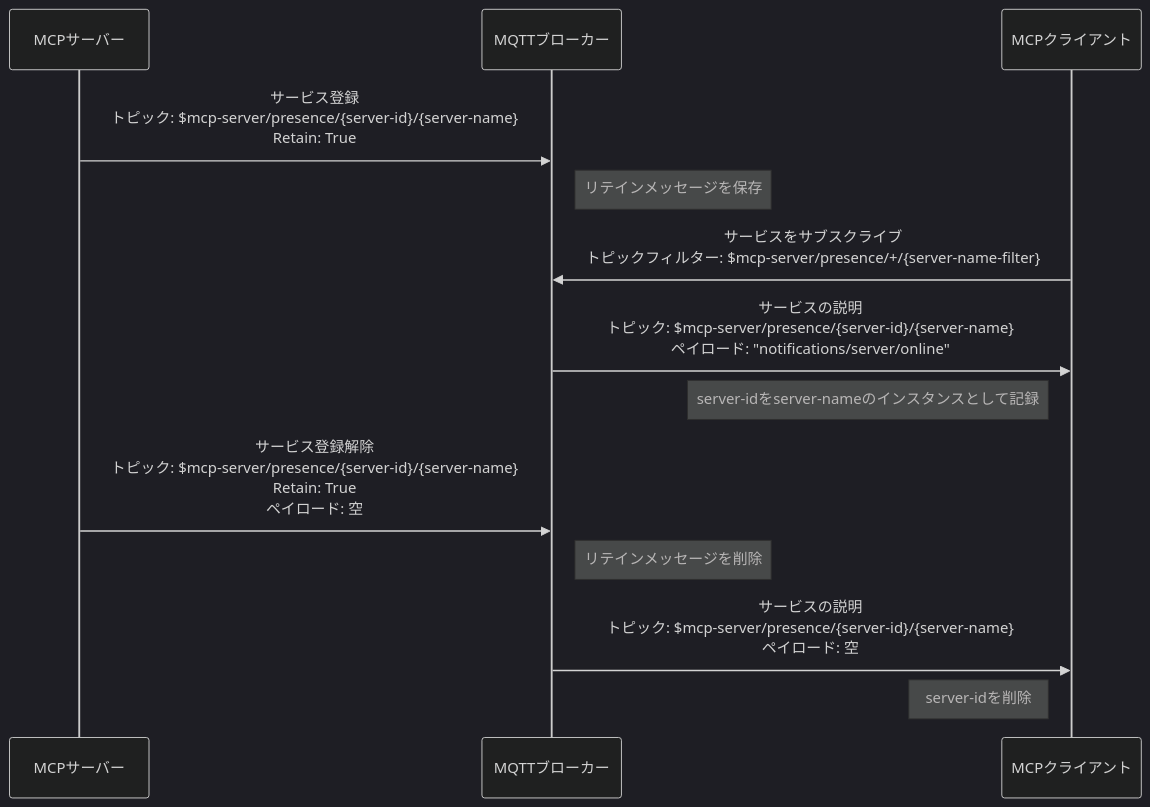
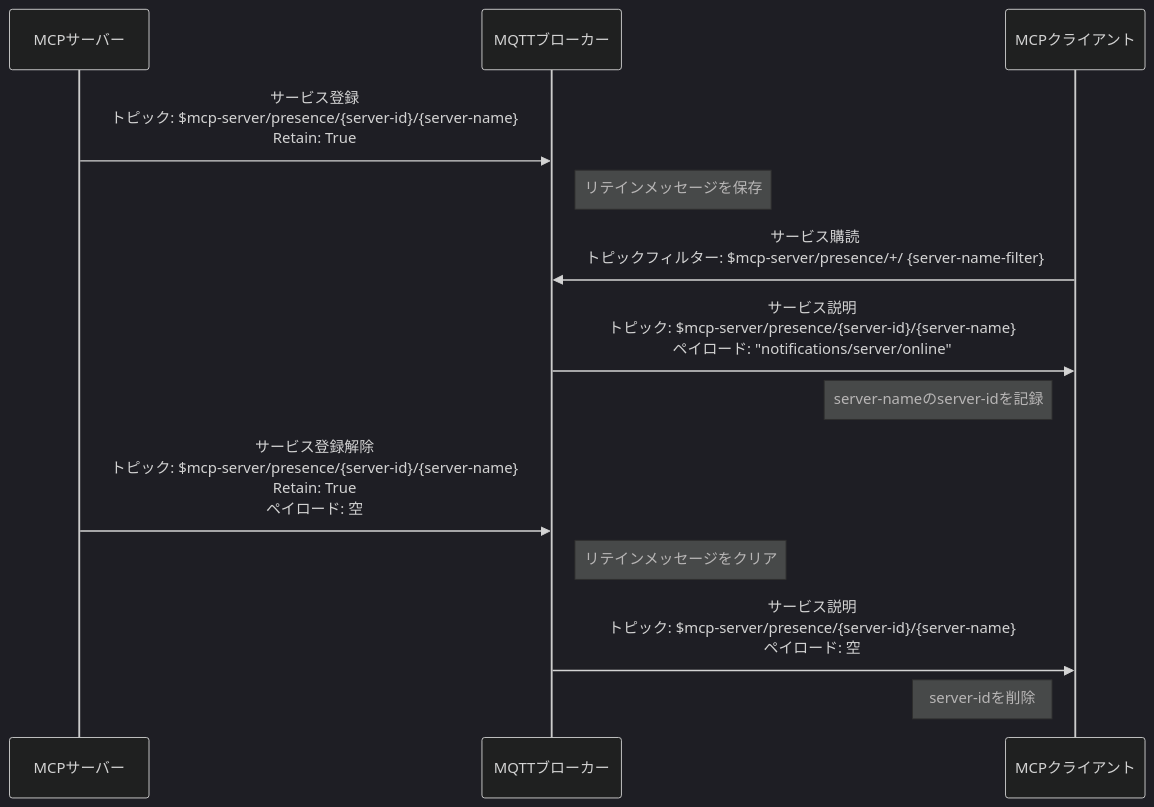
One commit to emqx/emqx-docs changed the first of 4 diagrams in ja_JP/develop/emqx-ai/mcp-over-mqtt/specification.md. Above: the diagram before and after it, drawn with Mermaid (dark theme). The commit also changed other lines of this file and 378 other files, not shown here.

````diff
--- a/ja_JP/develop/emqx-ai/mcp-over-mqtt/specification.md
+++ b/ja_JP/develop/emqx-ai/mcp-over-mqtt/specification.md
@@ -208,20 +208,20 @@
 ```mermaid
 sequenceDiagram
     participant MCP_Server as MCPサーバー
     participant MQTT_Broker as MQTTブローカー
     participant MCP_Client as MCPクライアント
 
     MCP_Server ->> MQTT_Broker: サービス登録<br/>トピック: $mcp-server/presence/{server-id}/{server-name}<br/>Retain: True
     Note right of MQTT_Broker: リテインメッセージを保存
 
-    MCP_Client ->> MQTT_Broker: サービスをサブスクライブ<br/>トピックフィルター: $mcp-server/presence/+/{server-name-filter}
+    MCP_Client ->> MQTT_Broker: サービス購読<br/>トピックフィルター: $mcp-server/presence/+/ {server-name-filter}
 
-    MQTT_Broker ->> MCP_Client: サービスの説明<br/>トピック: $mcp-server/presence/{server-id}/{server-name}<br/>ペイロード: "notifications/server/online"
-    Note left of MCP_Client: server-idをserver-nameのインスタンスとして記録
+    MQTT_Broker ->> MCP_Client: サービス説明<br/>トピック: $mcp-server/presence/{server-id}/{server-name}<br/>ペイロード: "notifications/server/online"
+    Note left of MCP_Client: server-nameのserver-idを記録
 
     MCP_Server ->> MQTT_Broker: サービス登録解除<br/>トピック: $mcp-server/presence/{server-id}/{server-name}<br/>Retain: True<br/>ペイロード: 空
-    Note right of MQTT_Broker: リテインメッセージを削除
+    Note right of MQTT_Broker: リテインメッセージをクリア
 
-    MQTT_Broker ->> MCP_Client: サービスの説明<br/>トピック: $mcp-server/presence/{server-id}/{server-name}<br/>ペイロード: 空
+    MQTT_Broker ->> MCP_Client: サービス説明<br/>トピック: $mcp-server/presence/{server-id}/{server-name}<br/>ペイロード: 空
     Note left of MCP_Client: server-idを削除
 ```
````
